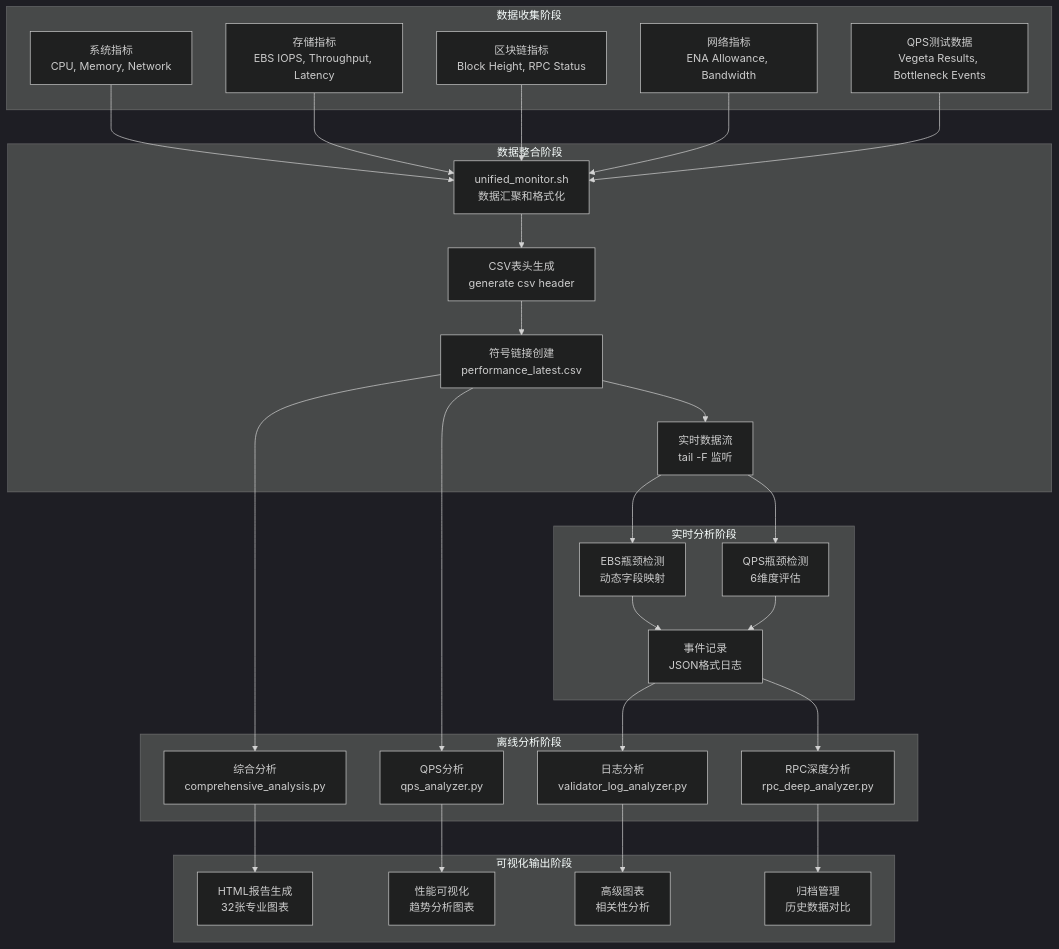
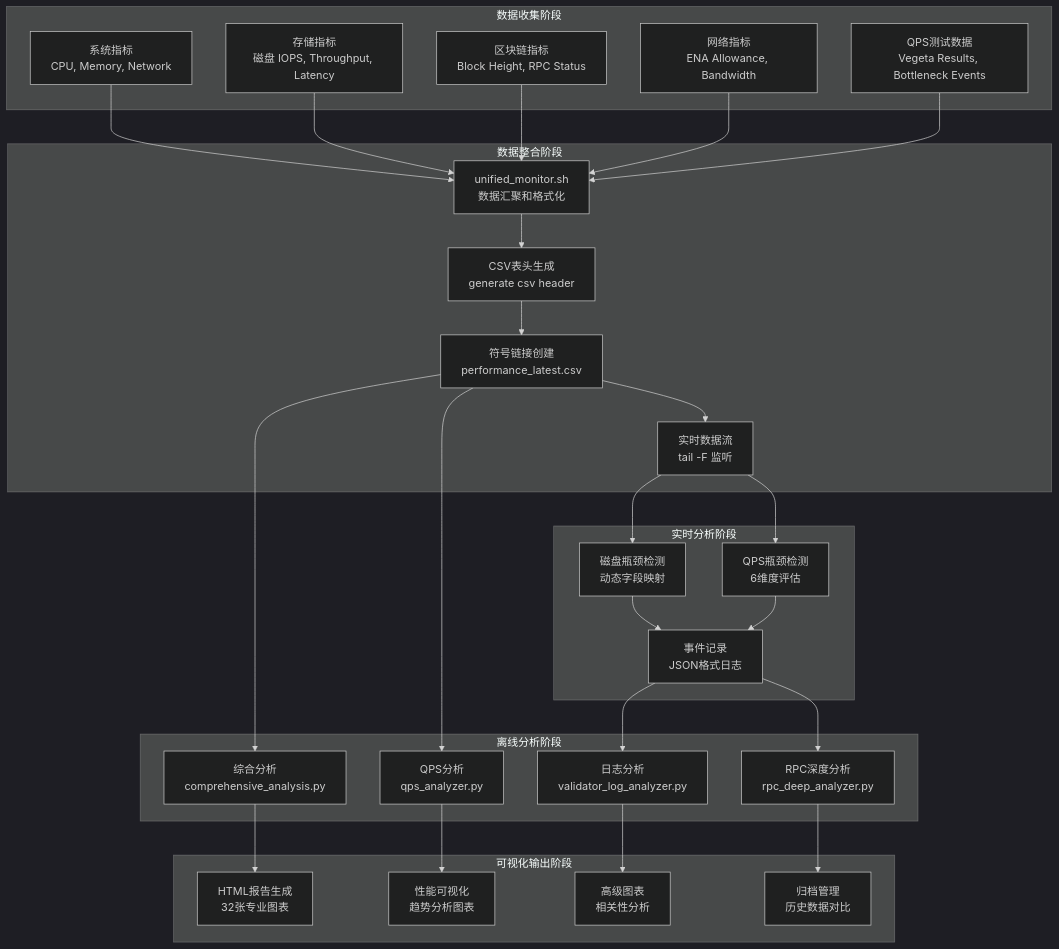
Before and after one commit to StayHungryStayFoolish/blockchain-node-benchmark: the fifth of 6 diagrams in docs/data-architecture-zh.md, drawn with Mermaid (dark theme). The commit also changed other lines of this file and 77 other files, not shown here.

````diff
--- a/docs/data-architecture-zh.md
+++ b/docs/data-architecture-zh.md
@@ -151,62 +151,62 @@
 ```mermaid
 graph TB
     subgraph "数据收集阶段"
         A1[系统指标<br/>CPU, Memory, Network]
-        A2[存储指标<br/>EBS IOPS, Throughput, Latency]
+        A2[存储指标<br/>磁盘 IOPS, Throughput, Latency]
         A3[区块链指标<br/>Block Height, RPC Status]
         A4[网络指标<br/>ENA Allowance, Bandwidth]
         A5[QPS测试数据<br/>Vegeta Results, Bottleneck Events]
     end
     
     subgraph "数据整合阶段"
         B1[unified_monitor.sh<br/>数据汇聚和格式化]
         B2[CSV表头生成<br/>generate csv header]
         B3[符号链接创建<br/>performance_latest.csv]
         B4[实时数据流<br/>tail -F 监听]
     end
     
     subgraph "实时分析阶段"
-        C1[EBS瓶颈检测<br/>动态字段映射]
+        C1[磁盘瓶颈检测<br/>动态字段映射]
         C2[QPS瓶颈检测<br/>6维度评估]
         C3[事件记录<br/>JSON格式日志]
     end
     
     subgraph "离线分析阶段"
         D1[综合分析<br/>comprehensive_analysis.py]
         D2[QPS分析<br/>qps_analyzer.py]
         D3[日志分析<br/>validator_log_analyzer.py]
         D4[RPC深度分析<br/>rpc_deep_analyzer.py]
     end
     
     subgraph "可视化输出阶段"
         E1[HTML报告生成<br/>32张专业图表]
         E2[性能可视化<br/>趋势分析图表]
         E3[高级图表<br/>相关性分析]
         E4[归档管理<br/>历史数据对比]
     end
     
     A1 --> B1
     A2 --> B1
     A3 --> B1
     A4 --> B1
     A5 --> B1
     
     B1 --> B2
     B2 --> B3
     B3 --> B4
     
     B4 --> C1
     B4 --> C2
     C1 --> C3
     C2 --> C3
     
     B3 --> D1
     B3 --> D2
     C3 --> D3
     C3 --> D4
     
     D1 --> E1
     D2 --> E2
     D3 --> E3
     D4 --> E4
 ```
````
